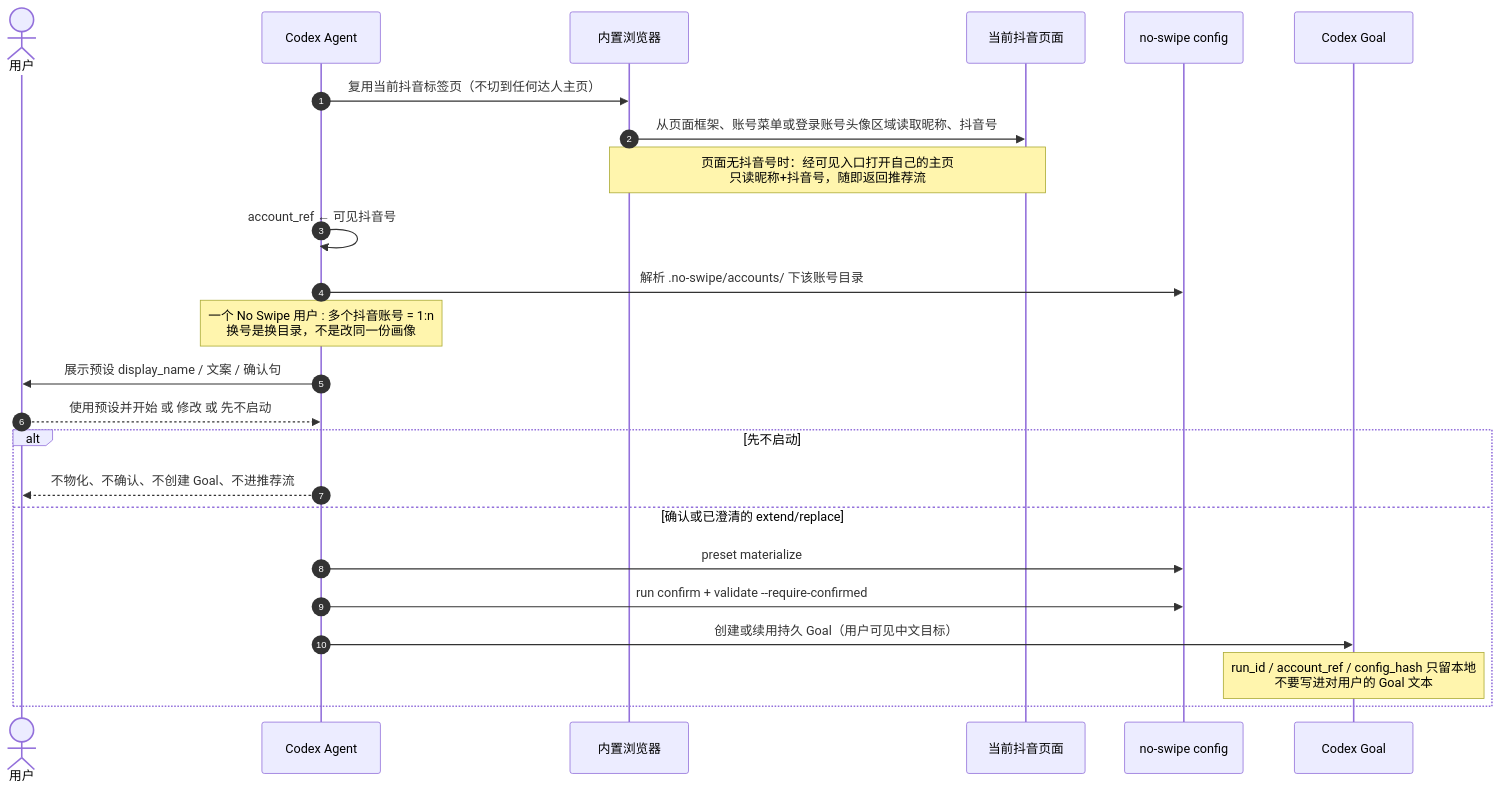
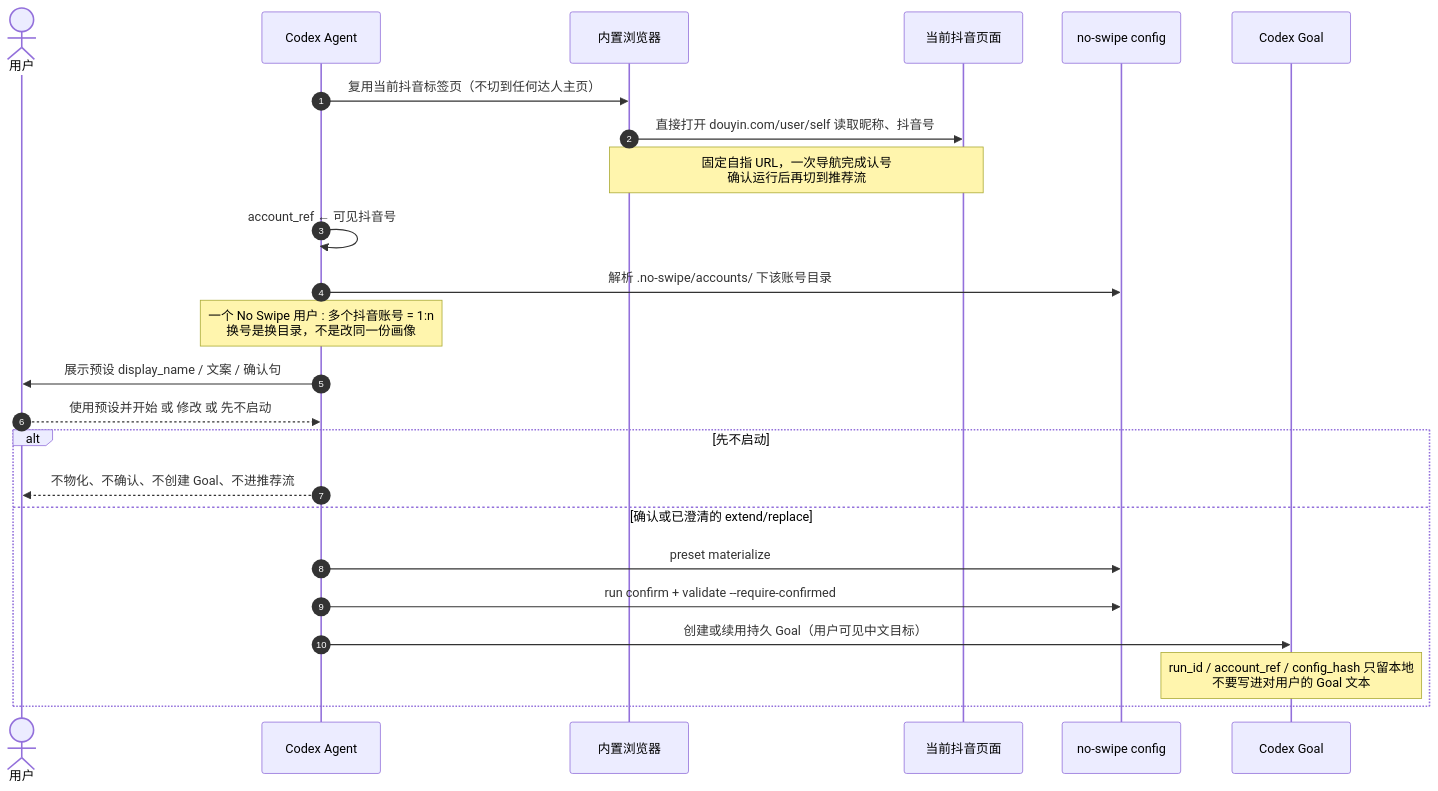
The ninth of 18 diagrams in docs/no-swipe-interaction-flows.md (OfWind/no_swipe), drawn with Mermaid before and after one commit. The commit also changed other lines of this file and 9 other files, not shown here.

First line of the commit message:
feat: direct self-URL identity, reachable interaction lane, terser confirmation

````diff
--- a/docs/no-swipe-interaction-flows.md
+++ b/docs/no-swipe-interaction-flows.md
@@ -335,29 +335,29 @@
 ```mermaid
 sequenceDiagram
   autonumber
   actor User as 用户
   participant Agent as Codex Agent
   participant Br as 内置浏览器
   participant DY as 当前抖音页面
   participant CLI as no-swipe config
   participant Goal as Codex Goal
 
   Agent->>Br: 复用当前抖音标签页（不切到任何达人主页）
-  Br->>DY: 从页面框架、账号菜单或登录账号头像区域读取昵称、抖音号
-  Note over Br,DY: 页面无抖音号时：经可见入口打开自己的主页<br/>只读昵称+抖音号，随即返回推荐流
+  Br->>DY: 直接打开 douyin.com/user/self 读取昵称、抖音号
+  Note over Br,DY: 固定自指 URL，一次导航完成认号<br/>确认运行后再切到推荐流
   Agent->>Agent: account_ref ← 可见抖音号
   Agent->>CLI: 解析 .no-swipe/accounts/ 下该账号目录
   Note over Agent: 一个 No Swipe 用户 : 多个抖音账号 = 1:n<br/>换号是换目录，不是改同一份画像
 
   Agent->>User: 展示预设 display_name / 文案 / 确认句
   User-->>Agent: 使用预设并开始 或 修改 或 先不启动
 
   alt 先不启动
     Agent-->>User: 不物化、不确认、不创建 Goal、不进推荐流
   else 确认或已澄清的 extend/replace
     Agent->>CLI: preset materialize
     Agent->>CLI: run confirm + validate --require-confirmed
     Agent->>Goal: 创建或续用持久 Goal（用户可见中文目标）
     Note over Goal: run_id / account_ref / config_hash 只留本地<br/>不要写进对用户的 Goal 文本
   end
 ```
````
